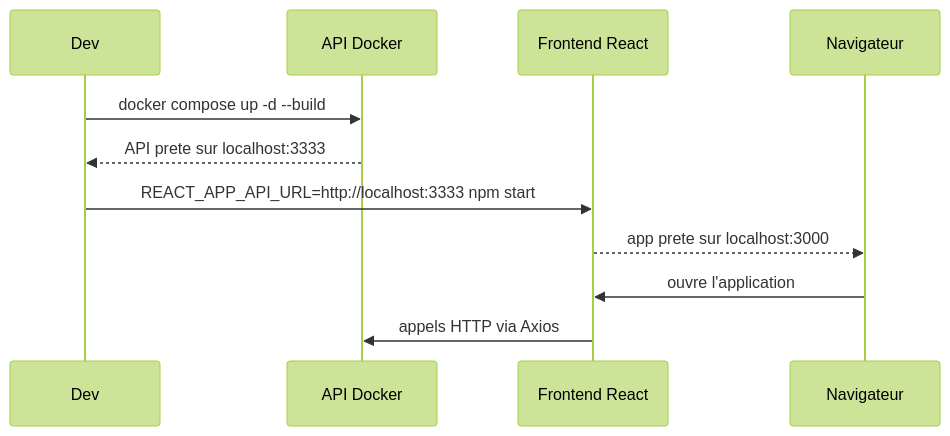
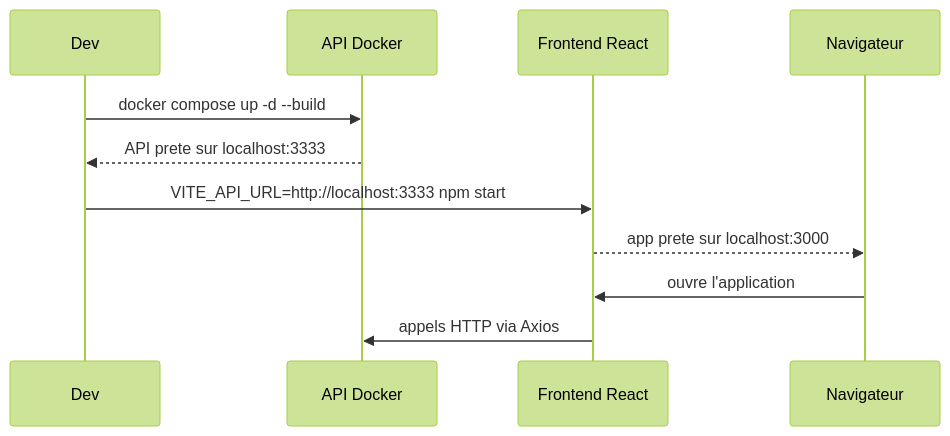
The second of 10 diagrams in README.md (Chaye-parcel-traveler/chaye_web_frontend), drawn with Mermaid (forest theme) before and after one commit. The commit also changed other lines of this file and 31 other files, not shown here.

````diff
--- a/README.md
+++ b/README.md
@@ -60,14 +60,14 @@
 ```mermaid
 sequenceDiagram
     participant Dev as Dev
     participant API as API Docker
     participant FE as Frontend React
     participant Browser as Navigateur
 
     Dev->>API: docker compose up -d --build
     API-->>Dev: API prete sur localhost:3333
-    Dev->>FE: REACT_APP_API_URL=http://localhost:3333 npm start
+    Dev->>FE: VITE_API_URL=http://localhost:3333 npm start
     FE-->>Browser: app prete sur localhost:3000
     Browser->>FE: ouvre l'application
     FE->>API: appels HTTP via Axios
 ```
````
